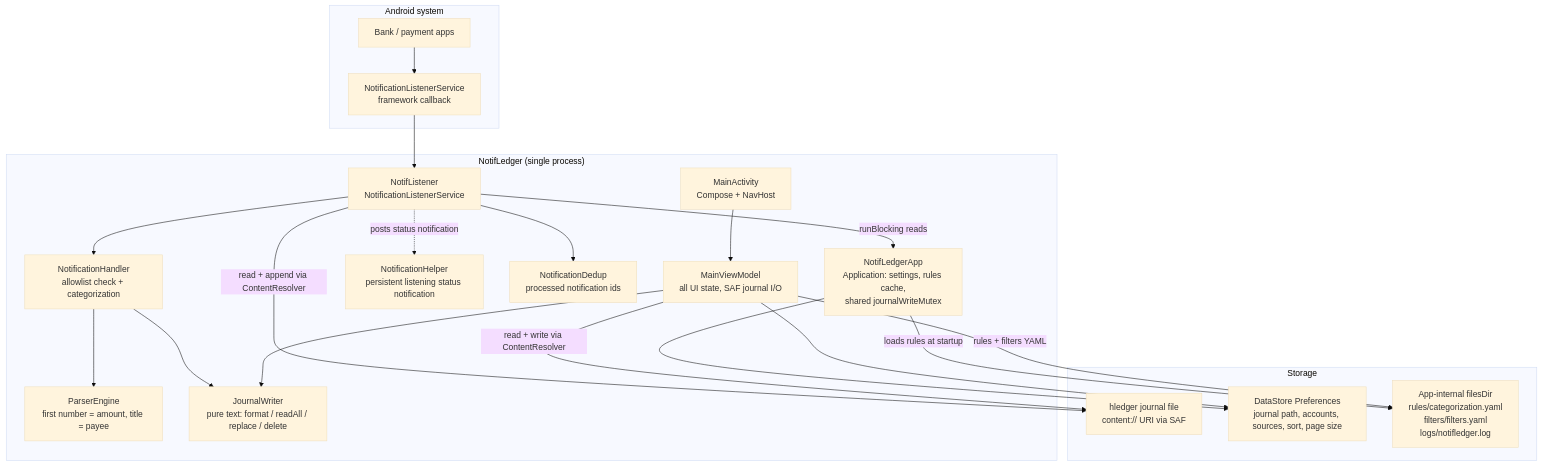
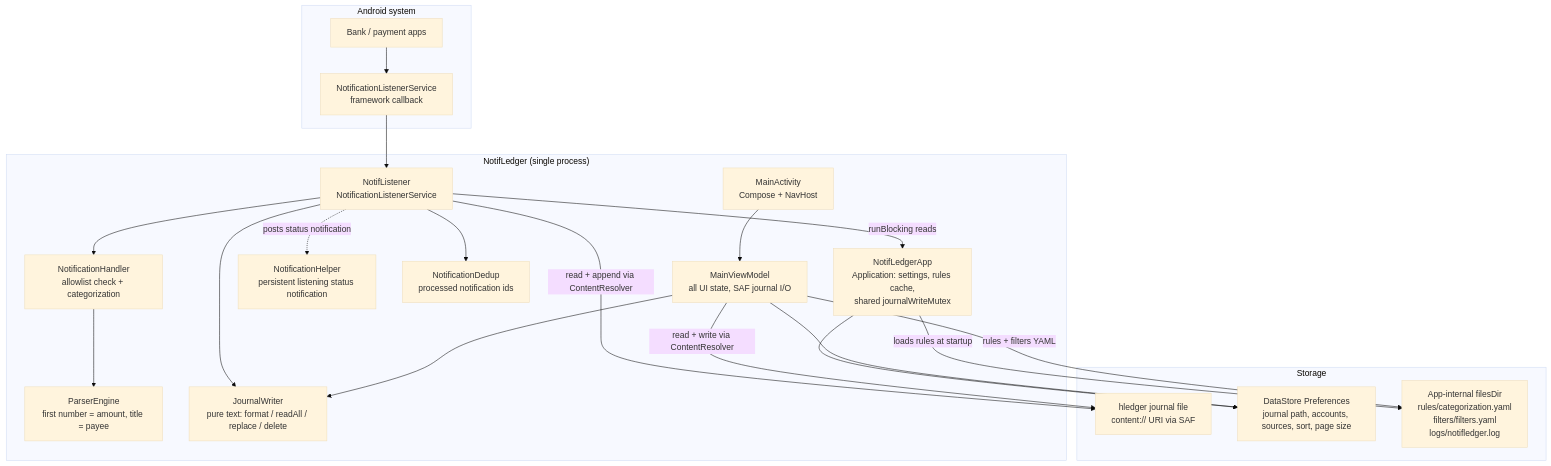
One commit to ukizet/NotifLedger changed the first of 8 diagrams in docs/architecture.md. Above: the diagram before and after it, drawn with Mermaid (base theme). The commit also changed other lines of this file, not shown here.

Commit message:
correct notification flow edges in architecture diagrams

````diff
--- a/docs/architecture.md
+++ b/docs/architecture.md
@@ -8,40 +8,40 @@
 ```mermaid
 flowchart TB
     subgraph system["Android system"]
         bank["Bank / payment apps"]
         framework["NotificationListenerService<br/>framework callback"]
     end
 
     subgraph app["NotifLedger (single process)"]
         application["NotifLedgerApp<br/>Application: settings, rules cache,<br/>shared journalWriteMutex"]
         listener["NotifListener<br/>NotificationListenerService"]
         handler["NotificationHandler<br/>allowlist check + categorization"]
         parser["ParserEngine<br/>first number = amount, title = payee"]
         helper["NotificationHelper<br/>persistent listening status notification"]
         dedup["NotificationDedup<br/>processed notification ids"]
         activity["MainActivity<br/>Compose + NavHost"]
         vm["MainViewModel<br/>all UI state, SAF journal I/O"]
         writer["JournalWriter<br/>pure text: format / readAll / replace / delete"]
     end
 
     subgraph storage["Storage"]
         journal["hledger journal file<br/>content:// URI via SAF"]
         datastore["DataStore Preferences<br/>journal path, accounts, sources, sort, page size"]
         files["App-internal filesDir<br/>rules/categorization.yaml<br/>filters/filters.yaml<br/>logs/notifledger.log"]
     end
 
     bank --> framework --> listener
     listener --> handler --> parser
     listener --> dedup
-    handler --> writer
+    listener --> writer
     listener -->|read + append via ContentResolver| journal
     listener -->|runBlocking reads| application
     application --> datastore
     application -->|loads rules at startup| files
 
     activity --> vm --> writer
     vm -->|read + write via ContentResolver| journal
     vm --> datastore
     vm -->|rules + filters YAML| files
     listener -.->|posts status notification| helper
 ```
````
